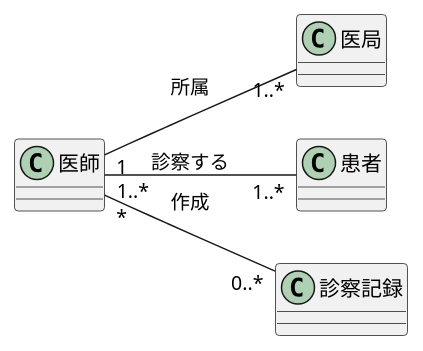
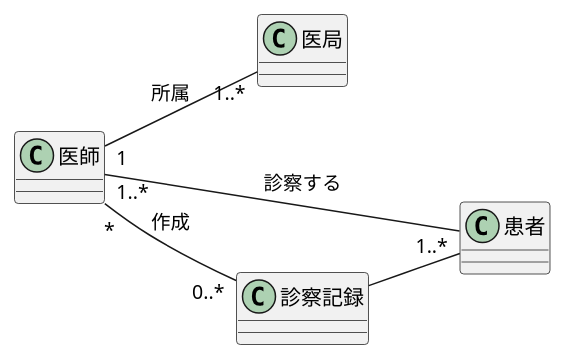
One commit to masakan590/uml-introduction changed the diagram in 演習3-2_CL_医師と患者と医局と診療記録.pu. Above: the diagram before and after it, drawn with PlantUML. The commit also changed 1 other file, not shown here.

```diff
--- a/演習3-2_CL_医師と患者と医局と診療記録.pu
+++ b/演習3-2_CL_医師と患者と医局と診療記録.pu
@@ -1,11 +1,12 @@
 @startuml クラス図
 left to right direction
 class 医局 
 class 患者 
 class 医師 
 class 診察記録 
 
 医師 "1" -- "1..*" 医局 : 所属
 医師 "1..*" -- "1..*" 患者 : 診察する
 医師 "*" -- "0..*" 診察記録 : 作成
+診察記録 -- 患者
 @enduml
```
